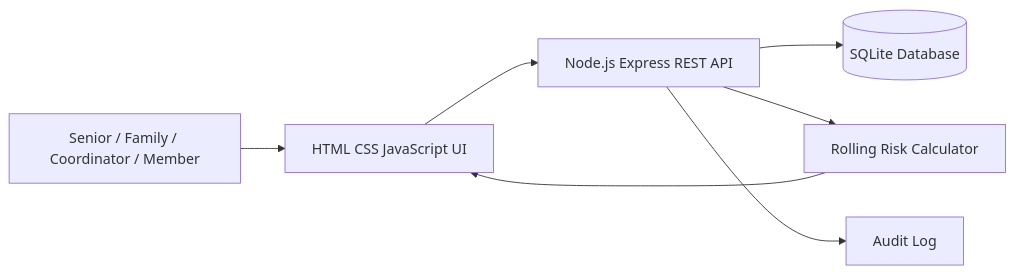
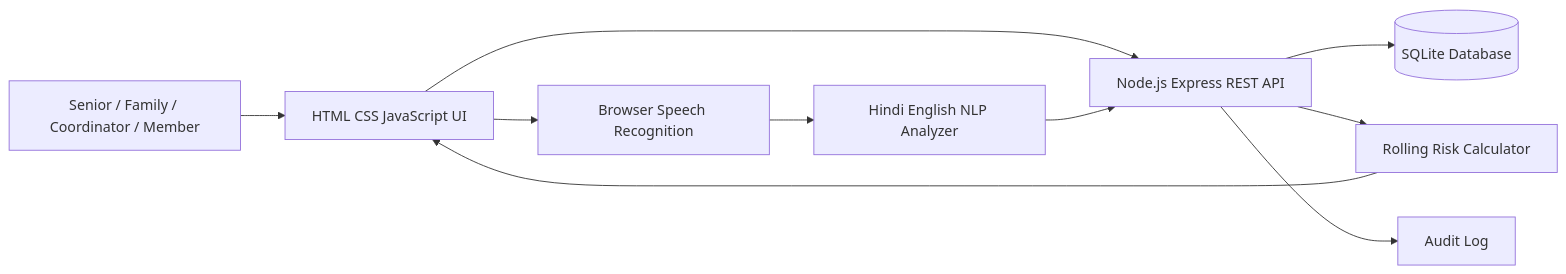
Before and after one commit to Harshgla1907/ai-powered-early-warning-system-for-seniors: the diagram in ARCHITECTURE.md, drawn with Mermaid. The commit also changed other lines of this file and 6 other files, not shown here.

First line of the commit message:
Add voice-to-text and Hindi English NLP

````diff
--- a/ARCHITECTURE.md
+++ b/ARCHITECTURE.md
@@ -5,9 +5,12 @@
 ```mermaid
 flowchart LR
     U[Senior / Family / Coordinator / Member] --> F[HTML CSS JavaScript UI]
     F --> A[Node.js Express REST API]
     A --> D[(SQLite Database)]
     A --> R[Rolling Risk Calculator]
+    F --> V[Browser Speech Recognition]
+    V --> N[Hindi English NLP Analyzer]
+    N --> A
     R --> F
     A --> L[Audit Log]
 ```
````
